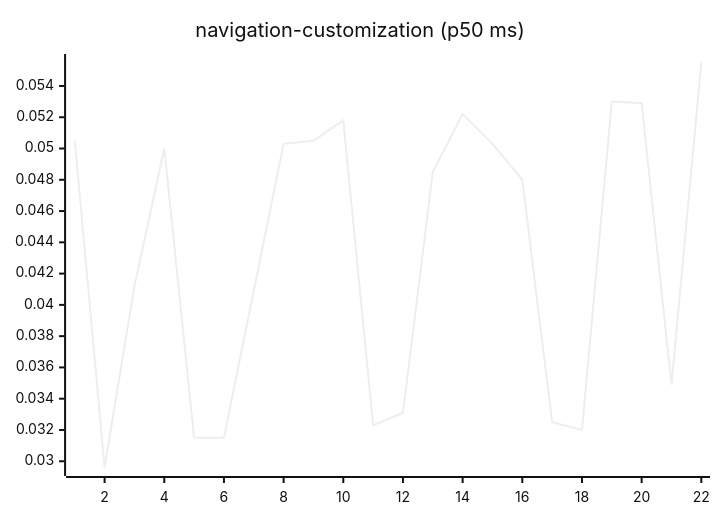
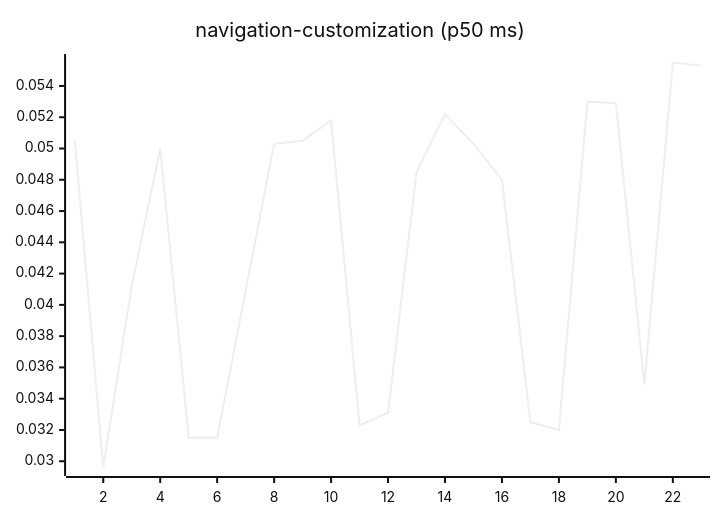
Before and after one commit to josha/Facet: diagram 15 of 27 in README.md, drawn with Mermaid (neutral theme). The commit also changed other lines of this file and 2 other files, not shown here.

````diff
--- a/README.md
+++ b/README.md
@@ -161,6 +161,6 @@
 ```mermaid
 xychart-beta
     title "navigation-customization (p50 ms)"
-    x-axis 1 --> 22
-    line [0.0505, 0.0296, 0.0412, 0.0500, 0.0315, 0.0315, 0.0409, 0.0503, 0.0505, 0.0518, 0.0323, 0.0331, 0.0485, 0.0522, 0.0503, 0.0480, 0.0325, 0.0320, 0.0530, 0.0529, 0.0349, 0.0555]
+    x-axis 1 --> 23
+    line [0.0505, 0.0296, 0.0412, 0.0500, 0.0315, 0.0315, 0.0409, 0.0503, 0.0505, 0.0518, 0.0323, 0.0331, 0.0485, 0.0522, 0.0503, 0.0480, 0.0325, 0.0320, 0.0530, 0.0529, 0.0349, 0.0555, 0.0553]
 ```
````
